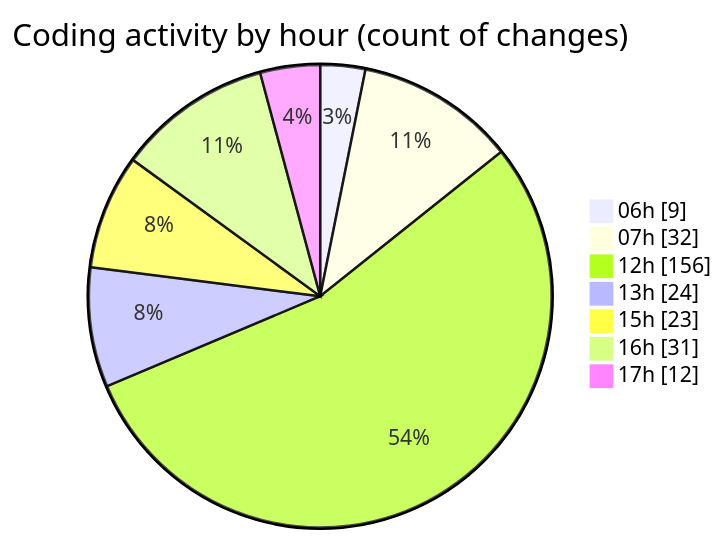
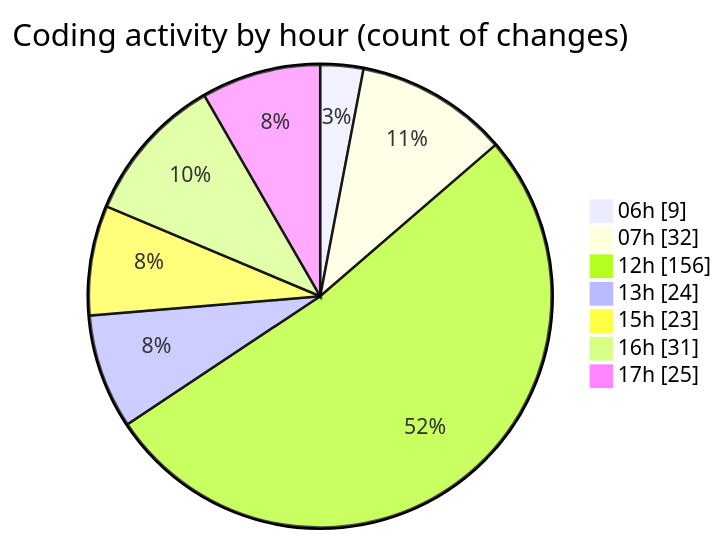
The second of 2 diagrams in 2025-02-18/mbc-web/README.md (robertbonfada/code-tracking), drawn with Mermaid before and after one commit. The commit also changed other lines of this file and 1 other file, not shown here.

````diff
--- a/2025-02-18/mbc-web/README.md
+++ b/2025-02-18/mbc-web/README.md
@@ -150,11 +153,11 @@
 ```mermaid
 pie showData
 title Coding activity by hour (count of changes)
 "06h" : 9
 "07h" : 32
 "12h" : 156
 "13h" : 24
 "15h" : 23
 "16h" : 31
-"17h" : 12
+"17h" : 25
 ```
````
